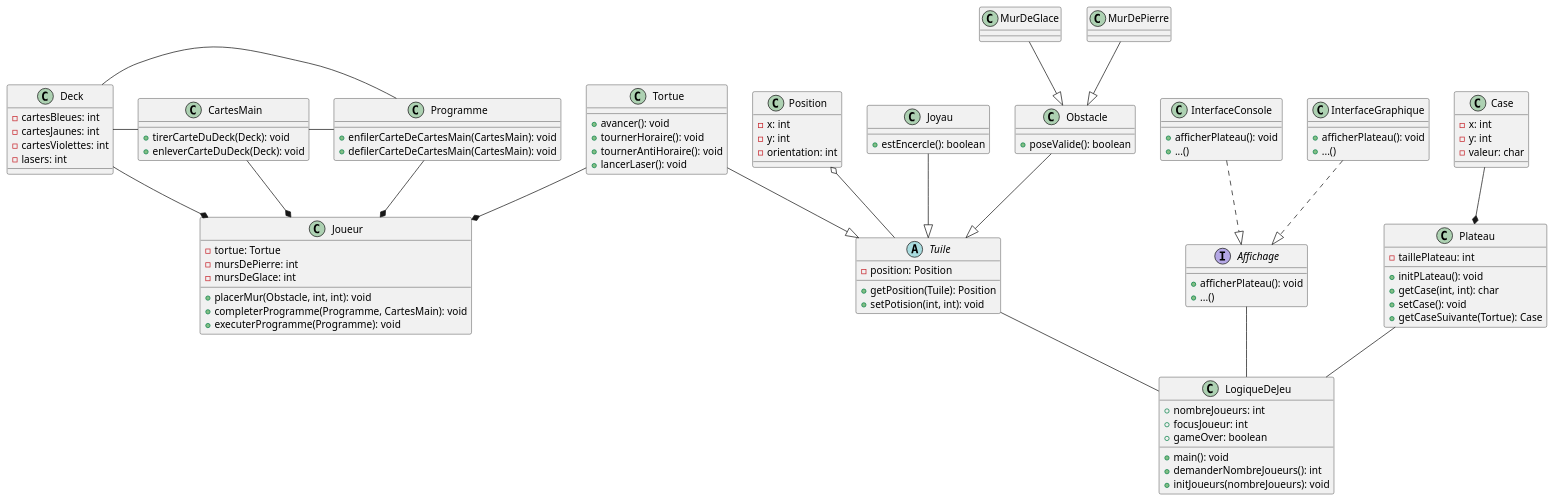
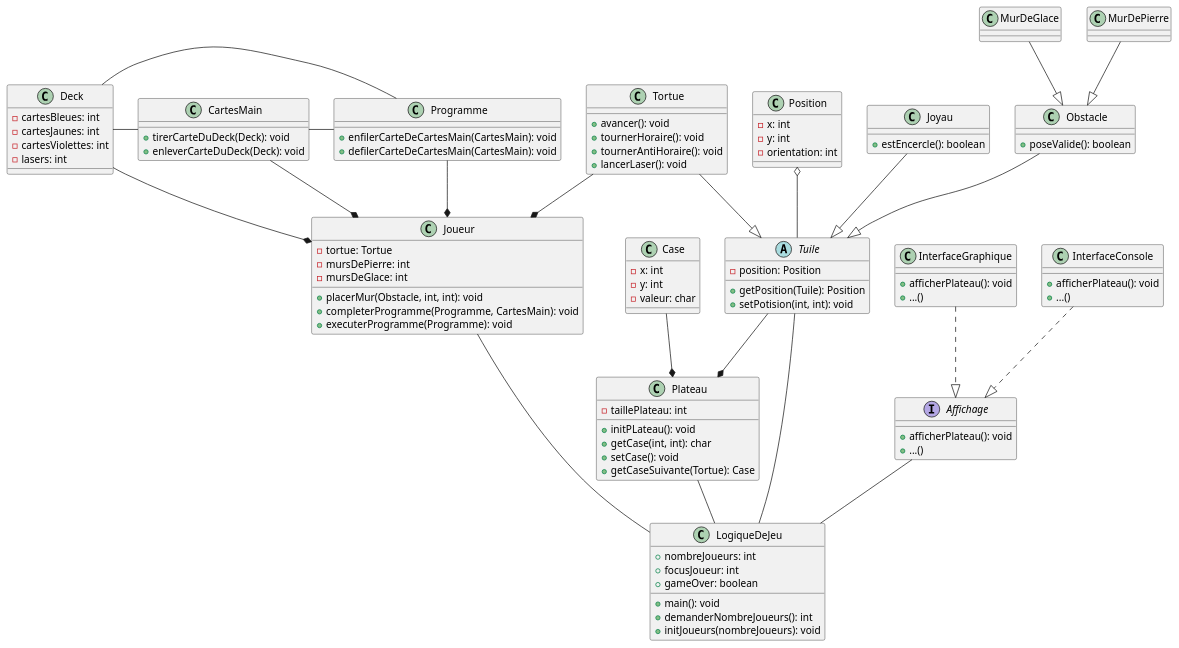
Before and after one commit to broken-clock/RobotTurtles: the diagram in DiagrammeDeClasse.puml, drawn with PlantUML.

Commit message:
update diagramme de classes

```diff
--- a/DiagrammeDeClasse.puml
+++ b/DiagrammeDeClasse.puml
@@ -1,120 +1,121 @@
 @startuml
 class LogiqueDeJeu {
 + nombreJoueurs: int
 + focusJoueur: int
 + gameOver: boolean
 + main(): void
 + demanderNombreJoueurs(): int
 + initJoueurs(nombreJoueurs): void
 }
 
 class Plateau {
 - taillePlateau: int
 + initPLateau(): void
 + getCase(int, int): char
 + setCase(): void
 + getCaseSuivante(Tortue): Case
 }
 Plateau -- LogiqueDeJeu
 
 class Case {
 - x: int
 - y: int
 - valeur: char
 }
 Case --* Plateau
 
 abstract class Tuile {
 - position: Position
 + getPosition(Tuile): Position
 + setPotision(int, int): void
 }
 Tuile -- LogiqueDeJeu
+Tuile --* Plateau
 
 class Position {
 - x: int
 - y: int
 - orientation: int
 }
 Position o-- Tuile
 
 class Tortue {
 + avancer(): void
 + tournerHoraire(): void
 + tournerAntiHoraire(): void
 + lancerLaser(): void
 }
 Tortue --|> Tuile
 Tortue --* Joueur
 
 class Joyau {
 + estEncercle(): boolean
 }
 Joyau --|> Tuile
 
 class Obstacle {
 + poseValide(): boolean
 }
 Obstacle --|> Tuile
 
 class MurDeGlace {
 
 }
 MurDeGlace --|> Obstacle
 
 class MurDePierre {
 
 }
 MurDePierre --|> Obstacle
 
 class Joueur {
 - tortue: Tortue
 - mursDePierre: int
 - mursDeGlace: int
 + placerMur(Obstacle, int, int): void
 + completerProgramme(Programme, CartesMain): void
 + executerProgramme(Programme): void
-
 }
+Joueur -- LogiqueDeJeu  
 
 class Deck {
 - cartesBleues: int
 - cartesJaunes: int
 - cartesViolettes: int
 - lasers: int
 }
 Deck - CartesMain
 Deck --* Joueur
 
 class CartesMain {
 + tirerCarteDuDeck(Deck): void
 + enleverCarteDuDeck(Deck): void
 }
 CartesMain - Programme
 CartesMain --* Joueur
 
 class Programme {
 + enfilerCarteDeCartesMain(CartesMain): void
 + defilerCarteDeCartesMain(CartesMain): void
 }
 Programme - Deck
 Programme --* Joueur
 
 interface Affichage {
 + afficherPlateau(): void
 + ...()
 }
 Affichage -- LogiqueDeJeu
 
 class InterfaceGraphique {
 + afficherPlateau(): void
 + ...()
 }
 InterfaceGraphique ..|> Affichage
 
 class InterfaceConsole {
 + afficherPlateau(): void
 + ...()
 }
 InterfaceConsole ..|> Affichage
 @enduml
```
